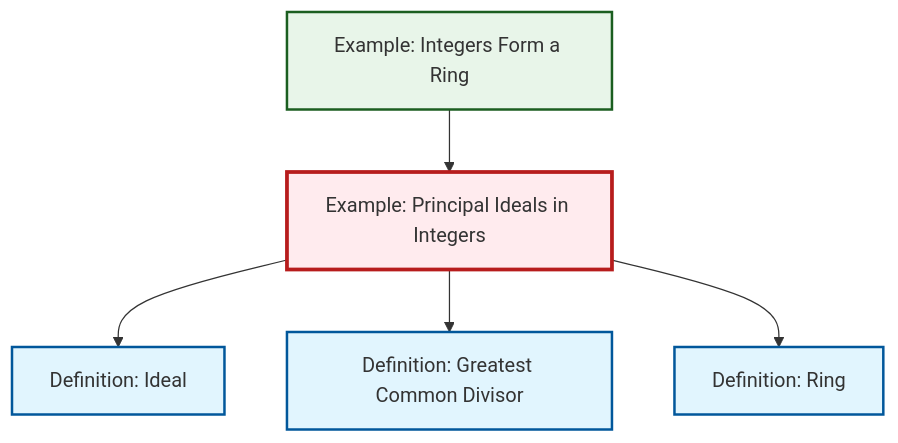
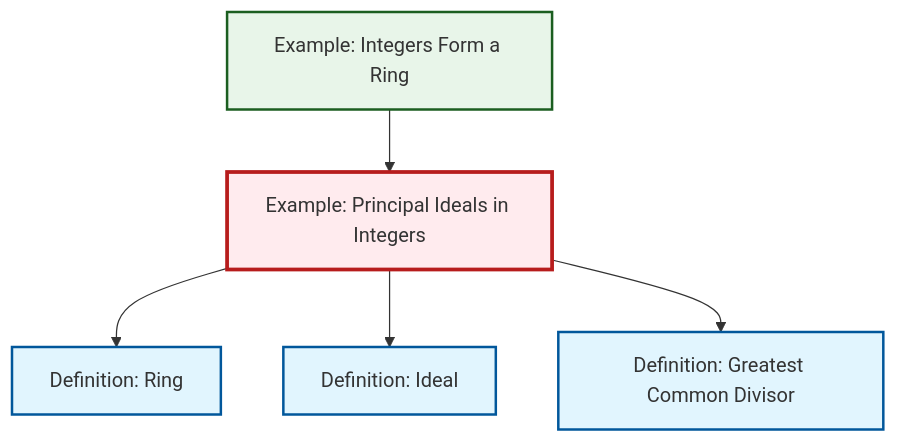
The diagram in content/en/algebra/ex-principal-ideal.qmd (RK0429/ModernMath), drawn with Mermaid before and after one commit. The commit also changed other lines of this file and 531 other files, not shown here.

````diff
--- a/content/en/algebra/ex-principal-ideal.qmd
+++ b/content/en/algebra/ex-principal-ideal.qmd
@@ -63,23 +63,23 @@
 ```{mermaid}
 %%| fig-cap: "Local dependency graph"
 graph TD
     classDef definition fill:#e1f5fe,stroke:#01579b,stroke-width:2px
     classDef theorem fill:#f3e5f5,stroke:#4a148c,stroke-width:2px
     classDef axiom fill:#fff3e0,stroke:#e65100,stroke-width:2px
     classDef example fill:#e8f5e9,stroke:#1b5e20,stroke-width:2px
     classDef current fill:#ffebee,stroke:#b71c1c,stroke-width:3px
+    def-ideal["Definition: Ideal"]:::definition
     def-gcd["Definition: Greatest Common Divisor"]:::definition
-    def-ideal["Definition: Ideal"]:::definition
+    ex-integers-ring["Example: Integers Form a Ring"]:::example
+    def-ring["Definition: Ring"]:::definition
     ex-principal-ideal["Example: Principal Ideals in Integers"]:::example
-    def-ring["Definition: Ring"]:::definition
-    ex-integers-ring["Example: Integers Form a Ring"]:::example
+    ex-integers-ring --> ex-principal-ideal
+    ex-principal-ideal --> def-ring
     ex-principal-ideal --> def-ideal
-    ex-integers-ring --> ex-principal-ideal
     ex-principal-ideal --> def-gcd
-    ex-principal-ideal --> def-ring
     class ex-principal-ideal current
+    click def-ideal "def-ideal.html" "Go to Ideal definition"
     click def-gcd "def-gcd.html" "Go to Greatest Common Divisor definition"
-    click def-ideal "def-ideal.html" "Go to Ideal definition"
+    click ex-integers-ring "ex-integers-ring.html" "Go to Integers Form a Ring example"
     click def-ring "def-ring.html" "Go to Ring definition"
-    click ex-integers-ring "ex-integers-ring.html" "Go to Integers Form a Ring example"
 ```
````
